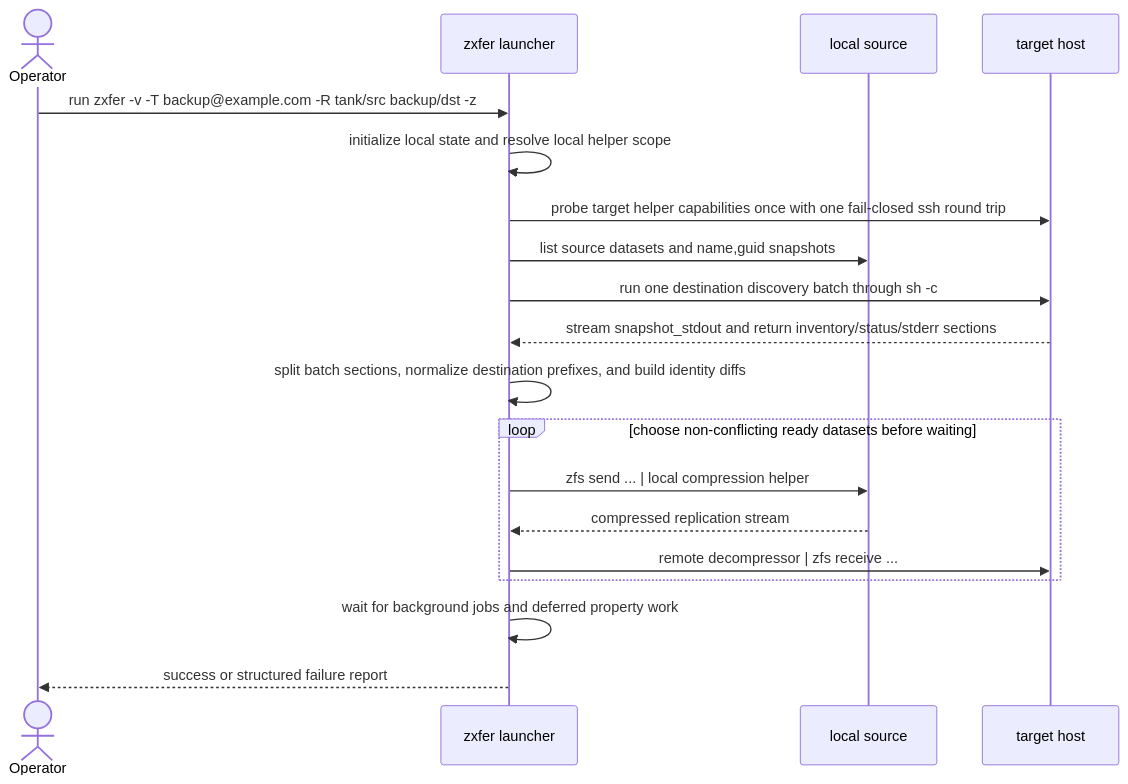
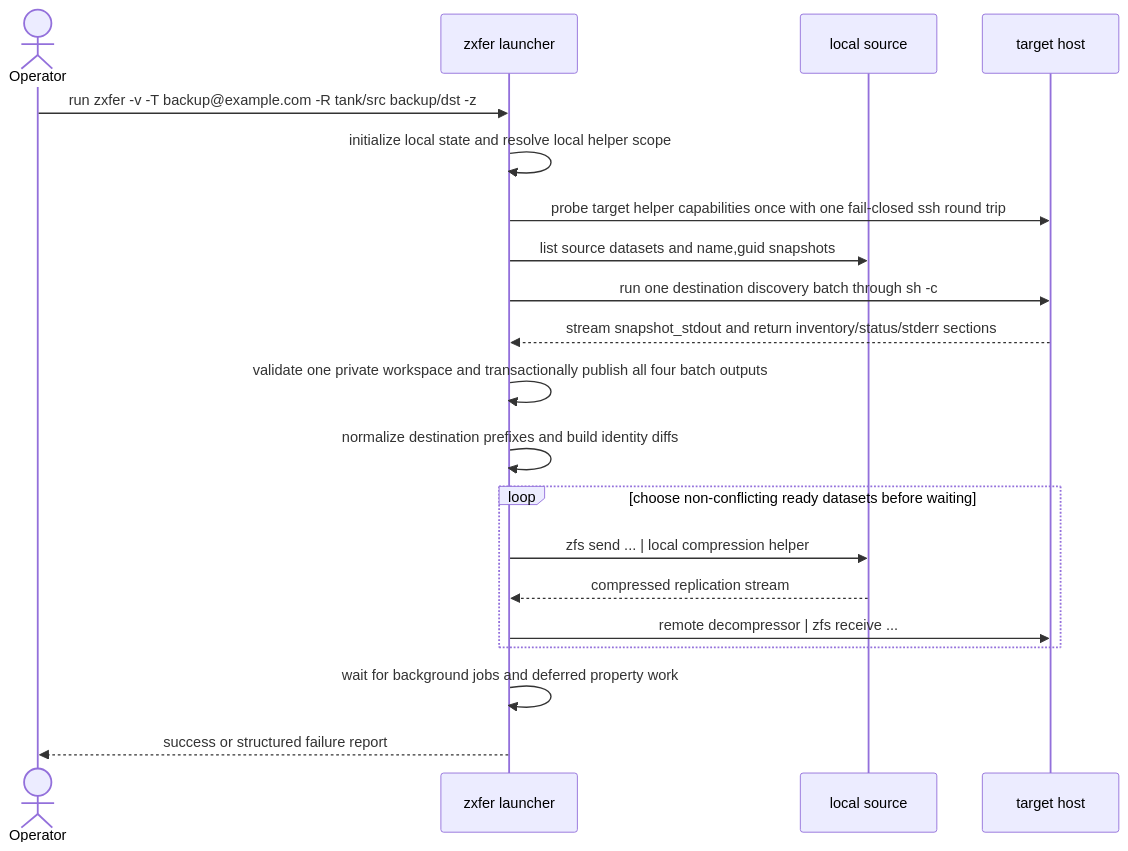
Before and after one commit to totalAldo/zxfer: the sixth of 8 diagrams in docs/architecture.md, drawn with Mermaid. The commit also changed other lines of this file and 84 other files, not shown here.

````diff
--- a/docs/architecture.md
+++ b/docs/architecture.md
@@ -504,22 +568,23 @@
 ```mermaid
 sequenceDiagram
     actor Operator
     participant Launcher as zxfer launcher
     participant Local as local source
     participant Target as target host
 
     Operator->>Launcher: run zxfer -v -T backup@example.com -R tank/src backup/dst -z
     Launcher->>Launcher: initialize local state and resolve local helper scope
     Launcher->>Target: probe target helper capabilities once with one fail-closed ssh round trip
     Launcher->>Local: list source datasets and name,guid snapshots
     Launcher->>Target: run one destination discovery batch through sh -c
     Target-->>Launcher: stream snapshot_stdout and return inventory/status/stderr sections
-    Launcher->>Launcher: split batch sections, normalize destination prefixes, and build identity diffs
+    Launcher->>Launcher: validate one private workspace and transactionally publish all four batch outputs
+    Launcher->>Launcher: normalize destination prefixes and build identity diffs
     loop choose non-conflicting ready datasets before waiting
         Launcher->>Local: zfs send ... | local compression helper
         Local-->>Launcher: compressed replication stream
         Launcher->>Target: remote decompressor | zfs receive ...
     end
     Launcher->>Launcher: wait for background jobs and deferred property work
     Launcher-->>Operator: success or structured failure report
 ```
````
